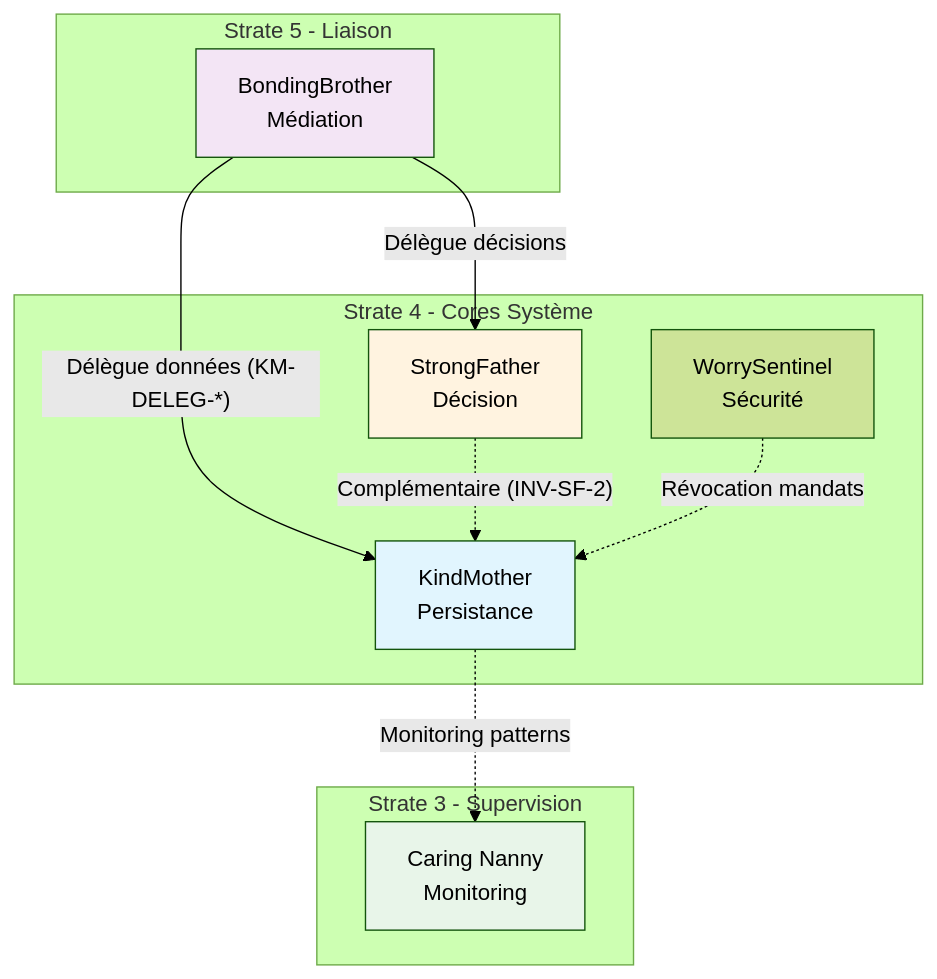
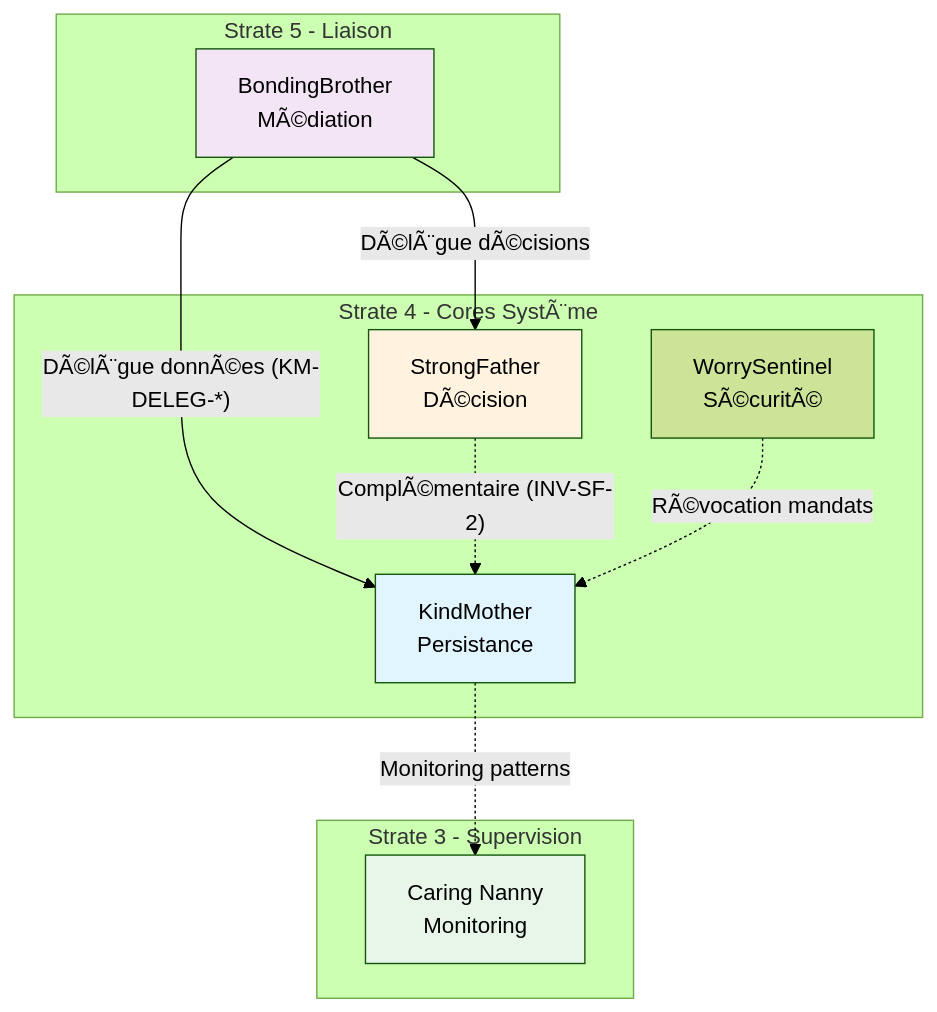
The diagram in docs/cores/KindMother/_index.md (StudioMiyukini/miyukini_cog), drawn with Mermaid (forest theme) before and after one commit. The commit also changed other lines of this file and 1287 other files, not shown here.

````diff
--- a/docs/cores/KindMother/_index.md
+++ b/docs/cores/KindMother/_index.md
@@ -164,32 +164,32 @@
 ```mermaid
 graph TB
-    subgraph Strate4[Strate 4 - Cores Système]
-        SF[StrongFather<br/>Décision]
+    subgraph Strate4[Strate 4 - Cores SystÃ¨me]
+        SF[StrongFather<br/>DÃ©cision]
         KM[KindMother<br/>Persistance]
-        WS[WorrySentinel<br/>Sécurité]
+        WS[WorrySentinel<br/>SÃ©curitÃ©]
     end
 
     subgraph Strate5[Strate 5 - Liaison]
-        BB[BondingBrother<br/>Médiation]
+        BB[BondingBrother<br/>MÃ©diation]
     end
 
     subgraph Strate3[Strate 3 - Supervision]
         CN[Caring Nanny<br/>Monitoring]
     end
 
-    BB -->|"Délègue données (KM-DELEG-*)"| KM
-    BB -->|"Délègue décisions"| SF
-    SF -.->|"Complémentaire (INV-SF-2)"| KM
+    BB -->|"DÃ©lÃ¨gue donnÃ©es (KM-DELEG-*)"| KM
+    BB -->|"DÃ©lÃ¨gue dÃ©cisions"| SF
+    SF -.->|"ComplÃ©mentaire (INV-SF-2)"| KM
     KM -.->|"Monitoring patterns"| CN
-    WS -.->|"Révocation mandats"| KM
+    WS -.->|"RÃ©vocation mandats"| KM
 
     classDef coreData fill:#e1f5fe
     classDef coreDecision fill:#fff3e0
     classDef liaison fill:#f3e5f5
     classDef supervision fill:#e8f5e9
 
     class KM coreData
     class SF coreDecision
     class BB liaison
     class CN supervision
 ```
````
